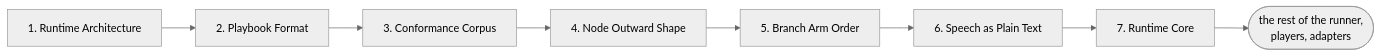
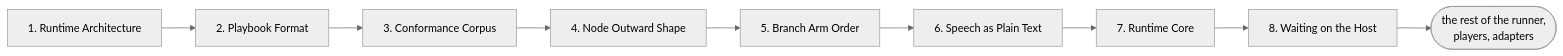
The second of 4 diagrams in docs/contributing/design-notes/README.md (pengzhengyi/dialoguedown), drawn with Mermaid (neutral theme) before and after one commit. The commit also changed other lines of this file and 23 other files, not shown here.

````diff
--- a/docs/contributing/design-notes/README.md
+++ b/docs/contributing/design-notes/README.md
@@ -99,10 +99,11 @@
 ```mermaid
 flowchart LR
     RA["1. Runtime Architecture"] --> PF["2. Playbook Format"]
     PF --> CC["3. Conformance Corpus"]
     CC --> NOS["4. Node Outward Shape"]
     NOS --> BAO["5. Branch Arm Order"]
     BAO --> SPT["6. Speech as Plain Text"]
     SPT --> RC["7. Runtime Core"]
-    RC --> RUN(["the rest of the runner,<br/>players, adapters"])
+    RC --> WT["8. Waiting on the Host"]
+    WT --> RUN(["the rest of the runner,<br/>players, adapters"])
 ```
````
